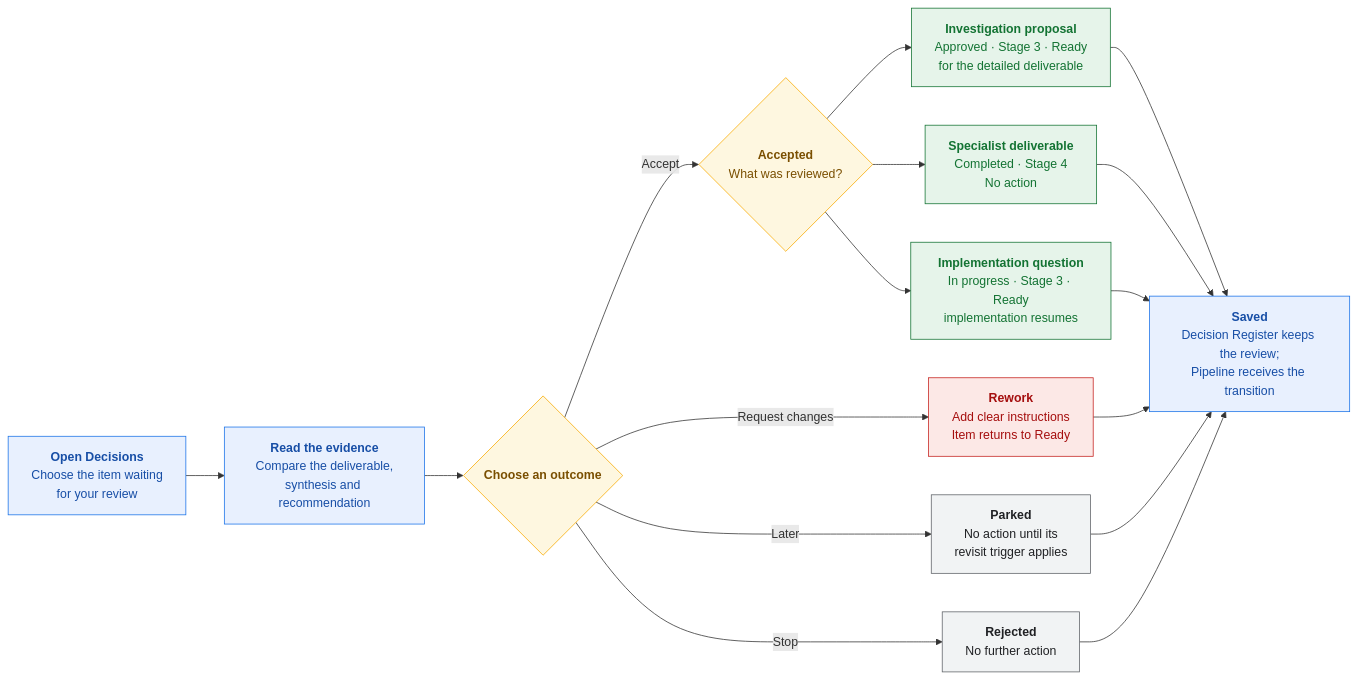
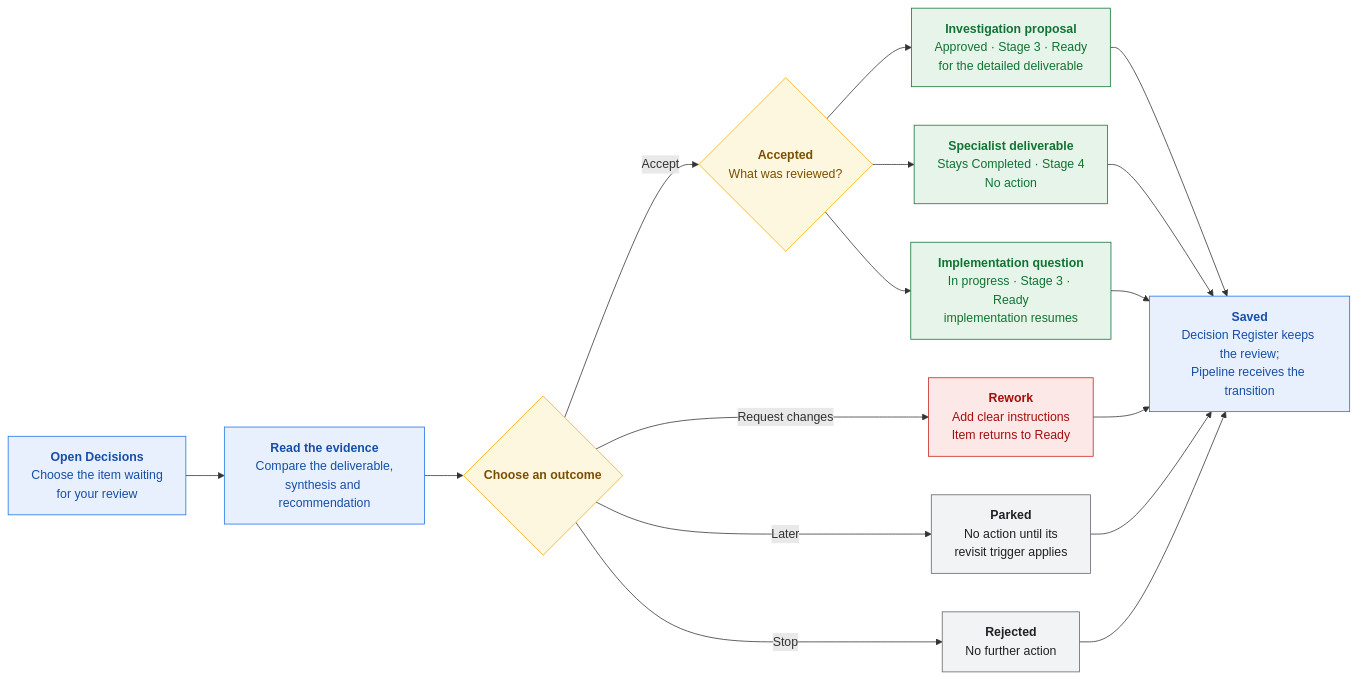
The diagram in docs/runbook/subscription-agents/workflow_operations.md (Welladino/Horology), drawn with Mermaid before and after one commit. The commit also changed other lines of this file and 18 other files, not shown here.

First line of the commit message:
Stage 4 items end Completed, with their decision still open (HOR-14)

````diff
--- a/docs/runbook/subscription-agents/workflow_operations.md
+++ b/docs/runbook/subscription-agents/workflow_operations.md
@@ -37,40 +37,40 @@
 ```mermaid
 flowchart LR
   open["<b>Open Decisions</b><br/>Choose the item waiting<br/>for your review"]
   read["<b>Read the evidence</b><br/>Compare the deliverable,<br/>synthesis and recommendation"]
   choose{"<b>Choose an outcome</b>"}
   accepted{"<b>Accepted</b><br/>What was reviewed?"}
   proposal["<b>Investigation proposal</b><br/>Approved · Stage 3 · Ready<br/>for the detailed deliverable"]
-  complete["<b>Specialist deliverable</b><br/>Completed · Stage 4<br/>No action"]
+  complete["<b>Specialist deliverable</b><br/>Stays Completed · Stage 4<br/>No action"]
   resume["<b>Implementation question</b><br/>In progress · Stage 3 · Ready<br/>implementation resumes"]
   rework["<b>Rework</b><br/>Add clear instructions<br/>Item returns to Ready"]
   parked["<b>Parked</b><br/>No action until its<br/>revisit trigger applies"]
   rejected["<b>Rejected</b><br/>No further action"]
   saved["<b>Saved</b><br/>Decision Register keeps the review;<br/>Pipeline receives the transition"]
 
   open --> read --> choose
   choose -->|Accept| accepted
   accepted --> proposal
   accepted --> complete
   accepted --> resume
   choose -->|Request changes| rework
   choose -->|Later| parked
   choose -->|Stop| rejected
   proposal --> saved
   complete --> saved
   resume --> saved
   rework --> saved
   parked --> saved
   rejected --> saved
 
   classDef action fill:#e8f0fe,stroke:#1a73e8,color:#174ea6
   classDef decision fill:#fef7e0,stroke:#f9ab00,color:#7a4f01
   classDef success fill:#e6f4ea,stroke:#137333,color:#137333
   classDef revise fill:#fce8e6,stroke:#c5221f,color:#a50e0e
   classDef neutral fill:#f1f3f4,stroke:#5f6368,color:#202124
   class open,read,saved action
   class choose,accepted decision
   class proposal,complete,resume success
   class rework revise
   class parked,rejected neutral
 ```
````
